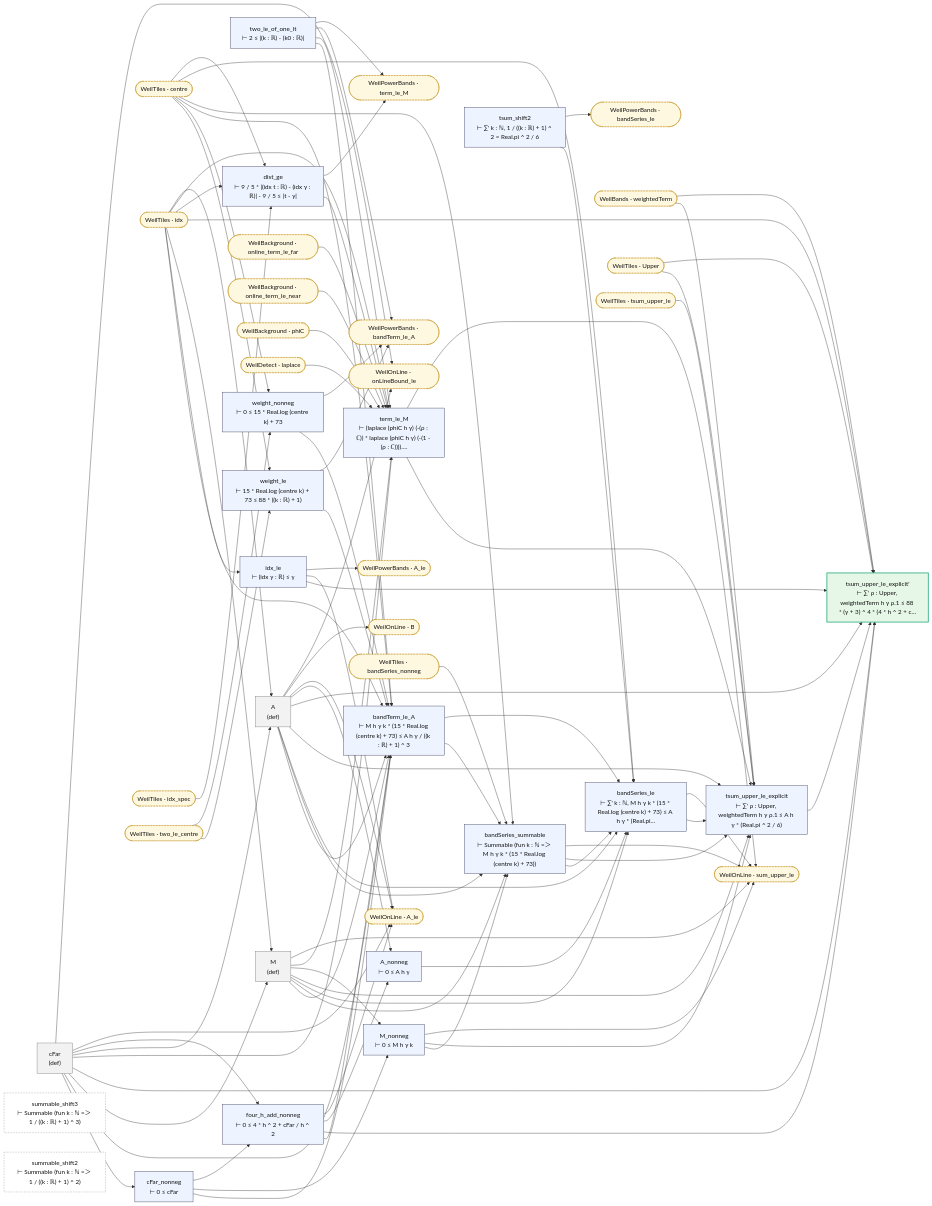
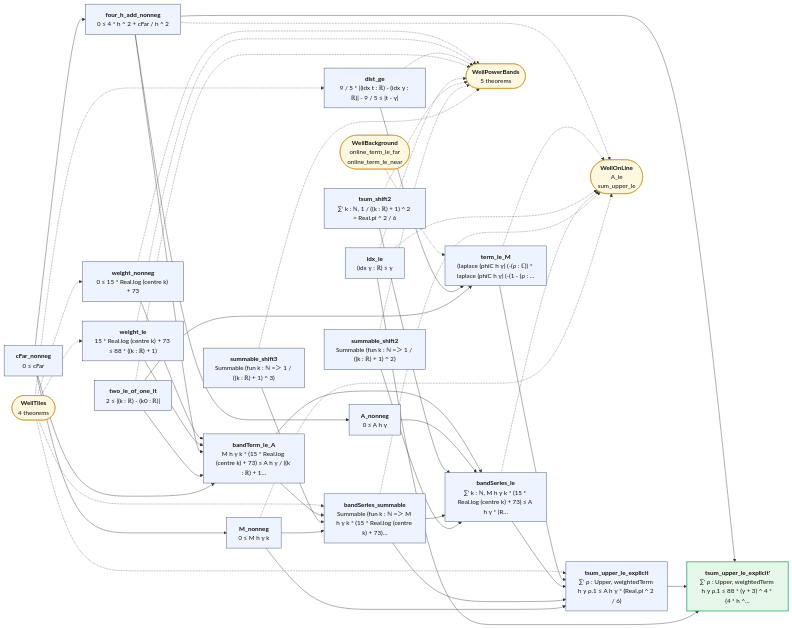
One commit to juliansambranojr/Primebeat_081426 changed the diagram in map/lean_stage3/WeilSeries.md. Above: the diagram before and after it, drawn with Mermaid. The commit also changed other lines of this file and 387 other files, not shown here.

````diff
--- a/map/lean_stage3/WeilSeries.md
+++ b/map/lean_stage3/WeilSeries.md
@@ -8,137 +12,75 @@
 ```mermaid
 flowchart LR
-  n0["cFar<br/>(def)"]:::dfn
-  n1["cFar_nonneg<br/>⊢ 0 ≤ cFar"]:::thm
-  n2["M<br/>(def)"]:::dfn
-  n3["M_nonneg<br/>⊢ 0 ≤ M h γ k"]:::thm
-  n4["two_le_of_one_lt<br/>⊢ 2 ≤ |(k : ℝ) - (k0 : ℝ)|"]:::thm
-  n5["dist_ge<br/>⊢ 9 / 5 * |(idx t : ℝ) - (idx γ : ℝ)| - 9 / 5 ≤ |t - γ|"]:::thm
-  n6["term_le_M<br/>⊢ (laplace (phiC h γ) (-(ρ : ℂ)) * laplace (phiC h γ) (-(1 - (ρ : ℂ)))).…"]:::thm
-  n7["A<br/>(def)"]:::dfn
-  n8["four_h_add_nonneg<br/>⊢ 0 ≤ 4 * h ^ 2 + cFar / h ^ 2"]:::thm
-  n9["A_nonneg<br/>⊢ 0 ≤ A h γ"]:::thm
-  n10["weight_le<br/>⊢ 15 * Real.log (centre k) + 73 ≤ 88 * ((k : ℝ) + 1)"]:::thm
-  n11["weight_nonneg<br/>⊢ 0 ≤ 15 * Real.log (centre k) + 73"]:::thm
-  n12["bandTerm_le_A<br/>⊢ M h γ k * (15 * Real.log (centre k) + 73) ≤ A h γ / ((k : ℝ) + 1) ^ 3"]:::thm
-  n13["summable_shift3<br/>⊢ Summable (fun k : ℕ =＞ 1 / ((k : ℝ) + 1) ^ 3)"]:::lone
-  n14["summable_shift2<br/>⊢ Summable (fun k : ℕ =＞ 1 / ((k : ℝ) + 1) ^ 2)"]:::lone
-  n15["bandSeries_summable<br/>⊢ Summable (fun k : ℕ =＞ M h γ k * (15 * Real.log (centre k) + 73))"]:::thm
-  n16["tsum_shift2<br/>⊢ ∑' k : ℕ, 1 / ((k : ℝ) + 1) ^ 2 = Real.pi ^ 2 / 6"]:::thm
-  n17["bandSeries_le<br/>⊢ ∑' k : ℕ, M h γ k * (15 * Real.log (centre k) + 73) ≤ A h γ * (Real.pi…"]:::thm
-  n18["idx_le<br/>⊢ (idx γ : ℝ) ≤ γ"]:::thm
-  n19["tsum_upper_le_explicit<br/>⊢ ∑' ρ : Upper, weightedTerm h γ ρ.1 ≤ A h γ * (Real.pi ^ 2 / 6)"]:::thm
-  n20["tsum_upper_le_explicit'<br/>⊢ ∑' ρ : Upper, weightedTerm h γ ρ.1 ≤ 88 * (γ + 3) ^ 4 * (4 * h ^ 2 + c…"]:::end_
-  x0(["WeilBackground · online_term_le_far"]):::ext
-  x1(["WeilBackground · online_term_le_near"]):::ext
-  x2(["WeilBackground · phiC"]):::ext
-  x3(["WeilBands · weightedTerm"]):::ext
-  x4(["WeilDetect · laplace"]):::ext
-  x5(["WeilOnLine · A_le"]):::ext
-  x6(["WeilOnLine · B"]):::ext
-  x7(["WeilOnLine · onLineBound_le"]):::ext
-  x8(["WeilOnLine · sum_upper_le"]):::ext
-  x9(["WeilPowerBands · A_le"]):::ext
-  x10(["WeilPowerBands · bandSeries_le"]):::ext
-  x11(["WeilPowerBands · bandTerm_le_A"]):::ext
-  x12(["WeilPowerBands · term_le_M"]):::ext
-  x13(["WeilTiles · Upper"]):::ext
-  x14(["WeilTiles · bandSeries_nonneg"]):::ext
-  x15(["WeilTiles · centre"]):::ext
-  x16(["WeilTiles · idx"]):::ext
-  x17(["WeilTiles · idx_spec"]):::ext
-  x18(["WeilTiles · tsum_upper_le"]):::ext
-  x19(["WeilTiles · two_le_centre"]):::ext
+  n0["<b>cFar_nonneg</b><br/>0 ≤ cFar"]:::thm
+  n1["<b>M_nonneg</b><br/>0 ≤ M h γ k"]:::thm
+  n2["<b>two_le_of_one_lt</b><br/>2 ≤ |(k : ℝ) - (k0 : ℝ)|"]:::thm
+  n3["<b>dist_ge</b><br/>9 / 5 * |(idx t : ℝ) - (idx γ : ℝ)| - 9 / 5 ≤ |t - γ|"]:::thm
+  n4["<b>term_le_M</b><br/>(laplace (phiC h γ) (-(ρ : ℂ)) * laplace (phiC h γ) (-(1 - (ρ : …"]:::thm
+  n5["<b>four_h_add_nonneg</b><br/>0 ≤ 4 * h ^ 2 + cFar / h ^ 2"]:::thm
+  n6["<b>A_nonneg</b><br/>0 ≤ A h γ"]:::thm
+  n7["<b>weight_le</b><br/>15 * Real.log (centre k) + 73 ≤ 88 * ((k : ℝ) + 1)"]:::thm
+  n8["<b>weight_nonneg</b><br/>0 ≤ 15 * Real.log (centre k) + 73"]:::thm
+  n9["<b>bandTerm_le_A</b><br/>M h γ k * (15 * Real.log (centre k) + 73) ≤ A h γ / ((k : ℝ) + 1…"]:::thm
+  n10["<b>summable_shift3</b><br/>Summable (fun k : ℕ =＞ 1 / ((k : ℝ) + 1) ^ 3)"]:::thm
+  n11["<b>summable_shift2</b><br/>Summable (fun k : ℕ =＞ 1 / ((k : ℝ) + 1) ^ 2)"]:::thm
+  n12["<b>bandSeries_summable</b><br/>Summable (fun k : ℕ =＞ M h γ k * (15 * Real.log (centre k) + 73)…"]:::thm
+  n13["<b>tsum_shift2</b><br/>∑' k : ℕ, 1 / ((k : ℝ) + 1) ^ 2 = Real.pi ^ 2 / 6"]:::thm
+  n14["<b>bandSeries_le</b><br/>∑' k : ℕ, M h γ k * (15 * Real.log (centre k) + 73) ≤ A h γ * (R…"]:::thm
+  n15["<b>idx_le</b><br/>(idx γ : ℝ) ≤ γ"]:::thm
+  n16["<b>tsum_upper_le_explicit</b><br/>∑' ρ : Upper, weightedTerm h γ ρ.1 ≤ A h γ * (Real.pi ^ 2 / 6)"]:::thm
+  n17["<b>tsum_upper_le_explicit'</b><br/>∑' ρ : Upper, weightedTerm h γ ρ.1 ≤ 88 * (γ + 3) ^ 4 * (4 * h ^…"]:::end_
+  x0(["<b>WeilOnLine</b><br/>A_le<br/>sum_upper_le"]):::ext
+  x1(["<b>WeilPowerBands</b><br/>5 theorems"]):::ext
+  x2(["<b>WeilTiles</b><br/>4 theorems"]):::ext
+  x3(["<b>WeilBackground</b><br/>online_term_le_far<br/>online_term_le_near"]):::ext
   n0 --> n1
-  n0 --> n12
-  n0 --> n2
-  n0 --> n20
-  n0 --> n6
-  n0 --> n7
-  n0 --> n8
-  n0 --> x5
-  n0 --> x7
+  n0 --> n5
+  n0 --> n9
   n1 --> n12
-  n1 --> n3
-  n1 --> n8
+  n1 --> n16
   n10 --> n12
-  n10 --> x11
-  n11 --> n12
-  n11 --> x11
-  n12 --> n15
-  n12 --> n17
+  n11 --> n14
+  n12 --> n14
+  n12 --> n16
+  n13 --> n14
+  n14 --> n16
   n15 --> n17
-  n15 --> n19
-  n15 --> x8
   n16 --> n17
-  n16 --> x10
-  n17 --> n19
-  n17 --> x8
-  n18 --> n20
-  n18 --> x5
-  n18 --> x9
-  n19 --> n20
-  n2 --> n12
-  n2 --> n15
-  n2 --> n17
-  n2 --> n19
-  n2 --> n3
-  n2 --> n6
-  n2 --> x8
-  n3 --> n15
-  n3 --> n19
-  n3 --> x8
-  n4 --> n12
-  n4 --> n6
-  n4 --> x11
-  n4 --> x12
+  n2 --> n4
+  n2 --> n9
+  n3 --> n4
+  n4 --> n16
+  n5 --> n17
   n5 --> n6
-  n5 --> x12
-  n6 --> n19
-  n6 --> x8
-  n7 --> n12
-  n7 --> n15
-  n7 --> n17
-  n7 --> n19
-  n7 --> n20
+  n5 --> n9
+  n6 --> n14
   n7 --> n9
-  n7 --> x5
-  n7 --> x6
-  n7 --> x7
-  n8 --> n12
-  n8 --> n20
   n8 --> n9
-  n8 --> x5
-  n9 --> n17
-  x0 --> n6
-  x1 --> n6
-  x13 --> n19
-  x13 --> n20
-  x14 --> n15
-  x15 --> n10
-  x15 --> n11
-  x15 --> n12
-  x15 --> n15
-  x15 --> n17
-  x15 --> n5
-  x16 --> n12
-  x16 --> n18
-  x16 --> n2
-  x16 --> n20
-  x16 --> n5
-  x16 --> n6
-  x16 --> n7
-  x17 --> n5
-  x18 --> n19
-  x19 --> n10
-  x19 --> n11
-  x2 --> n6
-  x3 --> n19
-  x3 --> n20
-  x4 --> n6
+  n9 --> n12
+  n9 --> n14
+  n1 -.-> x0
+  n10 -.-> x1
+  n11 -.-> x1
+  n12 -.-> x0
+  n13 -.-> x1
+  n14 -.-> x0
+  n15 -.-> x0
+  n15 -.-> x1
+  n2 -.-> x1
+  n3 -.-> x1
+  n4 -.-> x0
+  n5 -.-> x0
+  n7 -.-> x1
+  n8 -.-> x1
+  x2 -.-> n12
+  x2 -.-> n16
+  x2 -.-> n3
+  x2 -.-> n7
+  x2 -.-> n8
+  x3 -.-> n4
   classDef thm fill:#eef4ff,stroke:#335,color:#111
-  classDef dfn fill:#f2f2f2,stroke:#777,color:#111
   classDef end_ fill:#e7f7e7,stroke:#2a7,color:#111,stroke-width:2px
   classDef lone fill:#fff,stroke:#999,color:#111,stroke-dasharray:4 3
   classDef bad fill:#ffe5e5,stroke:#c22,color:#111,stroke-width:2px
-  classDef ext fill:#fff8e1,stroke:#b80,color:#111,stroke-dasharray:2 2
+  classDef ext fill:#fff8e1,stroke:#b80,color:#111
 ```
````
